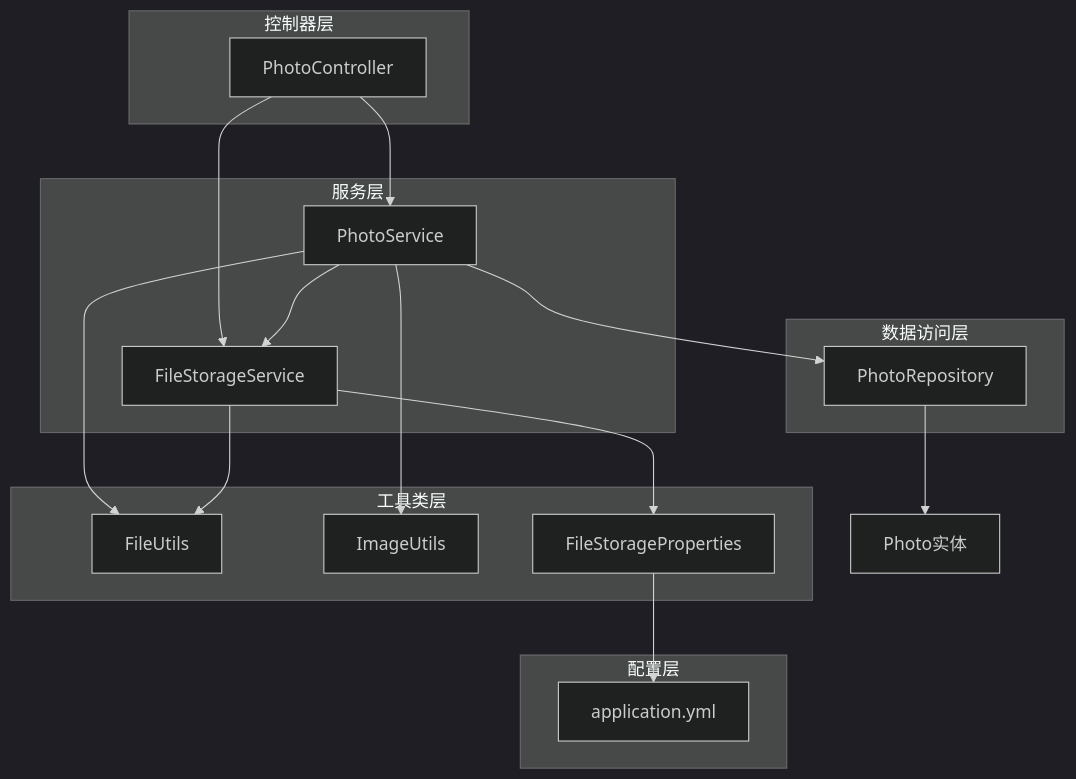
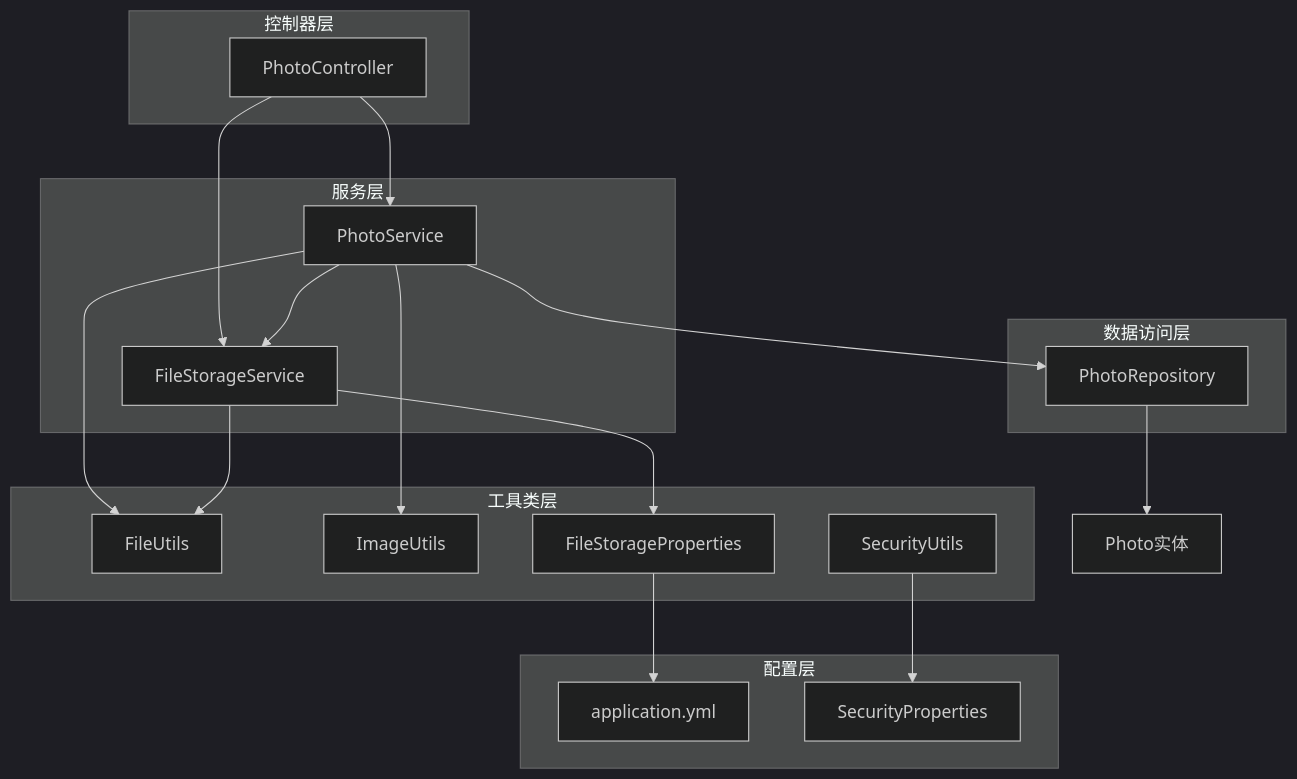
One commit to QoderZcy/zcyTest2 changed the seventh of 10 diagrams in .qoder/repowiki/zh/content/架构设计/数据流.md. Above: the diagram before and after it, drawn with Mermaid (dark theme). The commit also changed other lines of this file and 10 other files, not shown here.

````diff
--- a/.qoder/repowiki/zh/content/架构设计/数据流.md
+++ b/.qoder/repowiki/zh/content/架构设计/数据流.md
@@ -271,31 +286,34 @@
 ```mermaid
 graph TD
 subgraph "控制器层"
 PC[PhotoController]
 end
 subgraph "服务层"
 PS[PhotoService]
 FSS[FileStorageService]
 end
 subgraph "数据访问层"
 PR[PhotoRepository]
 end
 subgraph "工具类层"
 FU[FileUtils]
 IU[ImageUtils]
 SP[FileStorageProperties]
+SU[SecurityUtils]
 end
 subgraph "配置层"
 AC[application.yml]
+SEC[SecurityProperties]
 end
 PC --> PS
 PC --> FSS
 PS --> FSS
 PS --> PR
 PS --> FU
 PS --> IU
 FSS --> FU
 FSS --> SP
 PR --> Photo[Photo实体]
 SP --> AC
+SU --> SEC
 ```
````
